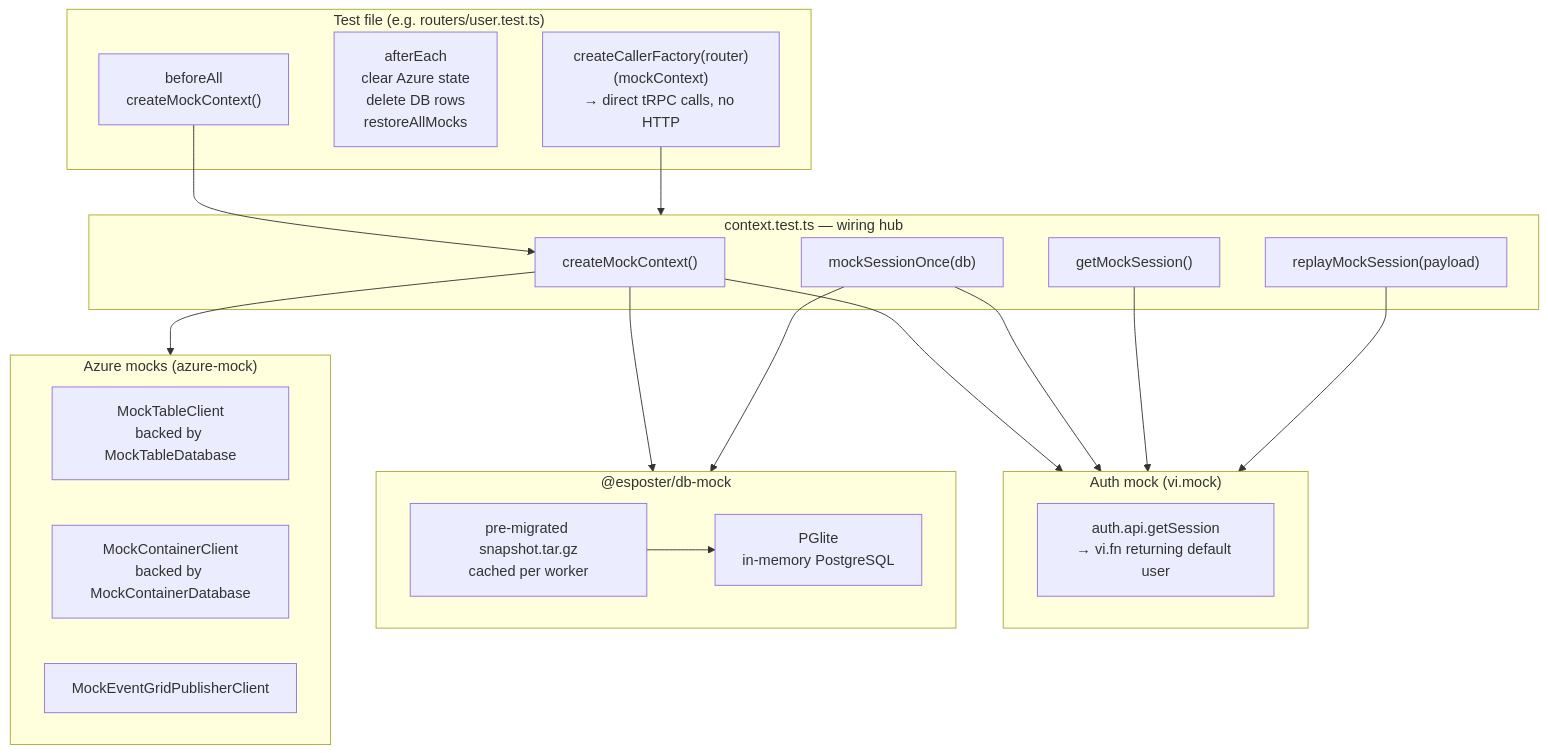
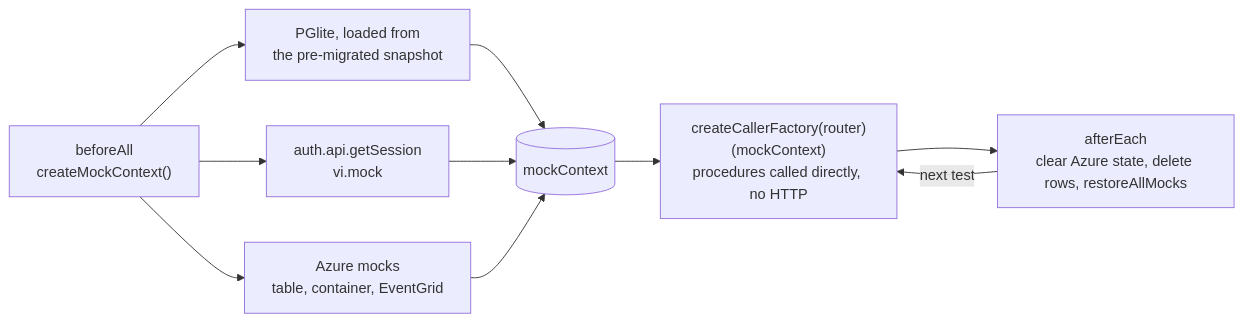
One commit to Esposter/Esposter changed the diagram in packages/app/content/docs/architecture/server-testing.md. Above: the diagram before and after it, drawn with Mermaid. The commit also changed 8 other files, not shown here.

````diff
--- a/packages/app/content/docs/architecture/server-testing.md
+++ b/packages/app/content/docs/architecture/server-testing.md
@@ -12,41 +12,12 @@
 ```mermaid
-flowchart TD
-    subgraph test["Test file (e.g. routers/user.test.ts)"]
-        bA["beforeAll<br/>createMockContext()"]
-        aE["afterEach<br/>clear Azure state<br/>delete DB rows<br/>restoreAllMocks"]
-        caller["createCallerFactory(router)(mockContext)<br/>→ direct tRPC calls, no HTTP"]
-    end
-
-    subgraph ctx["context.test.ts — wiring hub"]
-        cmc["createMockContext()"]
-        mso["mockSessionOnce(db)"]
-        gms["getMockSession()"]
-        rms["replayMockSession(payload)"]
-    end
-
-    subgraph db["@esposter/db-mock"]
-        pglite["PGlite<br/>in-memory PostgreSQL"]
-        snapshot["pre-migrated snapshot.tar.gz<br/>cached per worker"]
-    end
-
-    subgraph auth["Auth mock (vi.mock)"]
-        getSession["auth.api.getSession<br/>→ vi.fn returning default user"]
-    end
-
-    subgraph azure["Azure mocks (azure-mock)"]
-        tableClient["MockTableClient<br/>backed by MockTableDatabase"]
-        containerClient["MockContainerClient<br/>backed by MockContainerDatabase"]
-        eventGrid["MockEventGridPublisherClient"]
-    end
-
-    bA --> cmc
-    cmc --> db
-    cmc --> auth
-    cmc --> azure
-    snapshot --> pglite
-    caller --> ctx
-    mso --> auth
-    mso --> db
-    gms --> auth
-    rms --> auth
+flowchart LR
+  BA["beforeAll<br/>createMockContext()"] --> DB["PGlite, loaded from<br/>the pre-migrated snapshot"]
+  BA --> AUTH["auth.api.getSession<br/>vi.mock"]
+  BA --> AZ["Azure mocks<br/>table, container, EventGrid"]
+  DB --> CTX[("mockContext")]
+  AUTH --> CTX
+  AZ --> CTX
+  CTX --> CALLER["createCallerFactory(router)(mockContext)<br/>procedures called directly, no HTTP"]
+  CALLER --> AE["afterEach<br/>clear Azure state, delete rows, restoreAllMocks"]
+  AE -->|"next test"| CALLER
 ```
````
